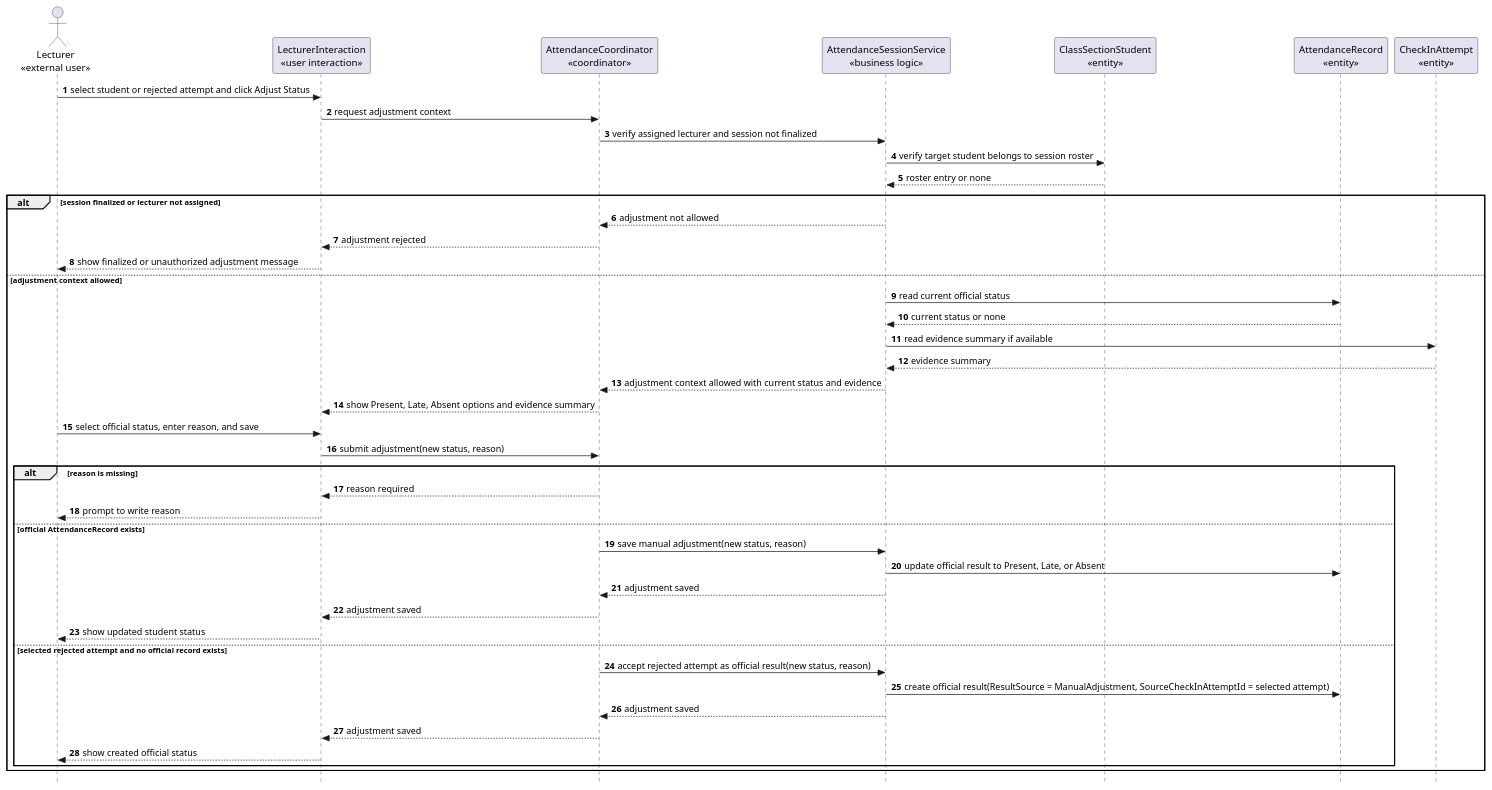
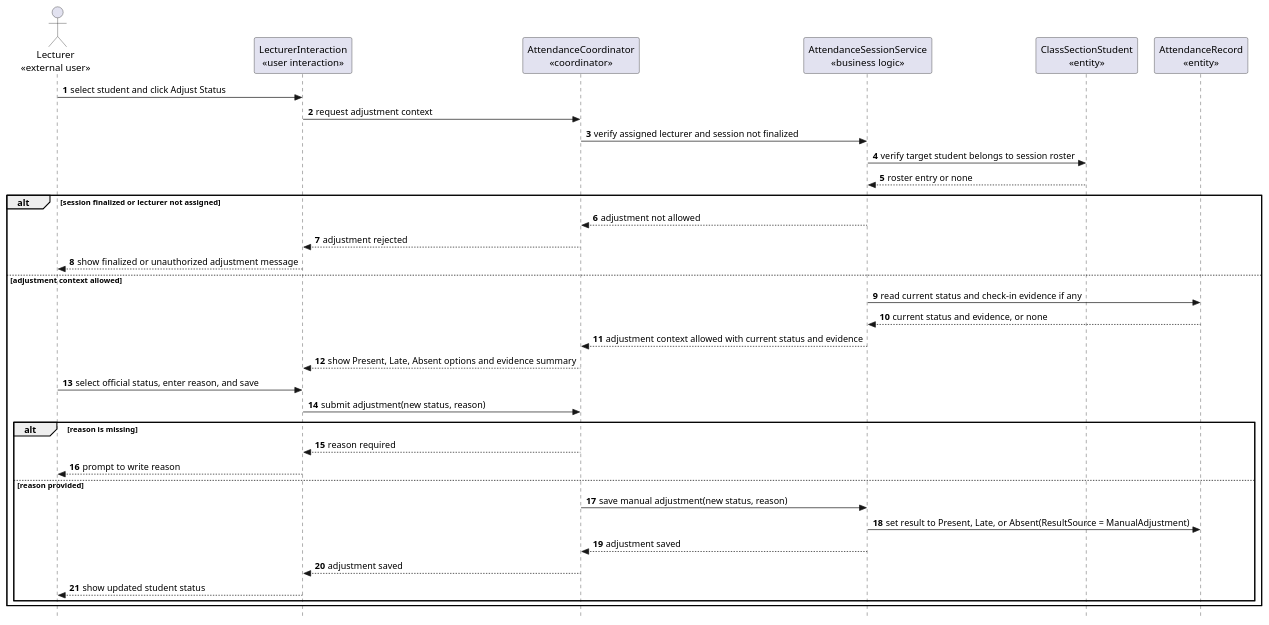
Before and after one commit to nttung42/SWD392: diagram 19 of 28 in docs/rds/2_Analysis.md, drawn with PlantUML. The commit also changed other lines of this file and 4 other files, not shown here.

Commit message:
not force calculate distance and merge checkin attemp with attendance record

````diff
--- a/docs/rds/2_Analysis.md
+++ b/docs/rds/2_Analysis.md
@@ -1044,51 +925,42 @@
 ```plantuml
 @startuml
 skinparam style strictuml
 autonumber
 actor "Lecturer\n«external user»" as Lecturer
 participant "LecturerInteraction\n«user interaction»" as LecturerUI
 participant "AttendanceCoordinator\n«coordinator»" as AdjustmentControl
 participant "AttendanceSessionService\n«business logic»" as SessionRules
 participant "ClassSectionStudent\n«entity»" as ClassSectionStudent
 participant "AttendanceRecord\n«entity»" as AttendanceRecord
-participant "CheckInAttempt\n«entity»" as CheckInAttempt
 
-Lecturer -> LecturerUI : select student or rejected attempt and click Adjust Status
+Lecturer -> LecturerUI : select student and click Adjust Status
 LecturerUI -> AdjustmentControl : request adjustment context
 AdjustmentControl -> SessionRules : verify assigned lecturer and session not finalized
 SessionRules -> ClassSectionStudent : verify target student belongs to session roster
 ClassSectionStudent --> SessionRules : roster entry or none
 
 alt session finalized or lecturer not assigned
   SessionRules --> AdjustmentControl : adjustment not allowed
   AdjustmentControl --> LecturerUI : adjustment rejected
   LecturerUI --> Lecturer : show finalized or unauthorized adjustment message
 else adjustment context allowed
-  SessionRules -> AttendanceRecord : read current official status
-  AttendanceRecord --> SessionRules : current status or none
-  SessionRules -> CheckInAttempt : read evidence summary if available
-  CheckInAttempt --> SessionRules : evidence summary
+  SessionRules -> AttendanceRecord : read current status and check-in evidence if any
+  AttendanceRecord --> SessionRules : current status and evidence, or none
   SessionRules --> AdjustmentControl : adjustment context allowed with current status and evidence
   AdjustmentControl --> LecturerUI : show Present, Late, Absent options and evidence summary
   Lecturer -> LecturerUI : select official status, enter reason, and save
   LecturerUI -> AdjustmentControl : submit adjustment(new status, reason)
 
   alt reason is missing
     AdjustmentControl --> LecturerUI : reason required
     LecturerUI --> Lecturer : prompt to write reason
-  else official AttendanceRecord exists
+  else reason provided
     AdjustmentControl -> SessionRules : save manual adjustment(new status, reason)
-    SessionRules -> AttendanceRecord : update official result to Present, Late, or Absent
+    SessionRules -> AttendanceRecord : set result to Present, Late, or Absent(ResultSource = ManualAdjustment)
     SessionRules --> AdjustmentControl : adjustment saved
     AdjustmentControl --> LecturerUI : adjustment saved
     LecturerUI --> Lecturer : show updated student status
-  else selected rejected attempt and no official record exists
-    AdjustmentControl -> SessionRules : accept rejected attempt as official result(new status, reason)
-    SessionRules -> AttendanceRecord : create official result(ResultSource = ManualAdjustment, SourceCheckInAttemptId = selected attempt)
-    SessionRules --> AdjustmentControl : adjustment saved
-    AdjustmentControl --> LecturerUI : adjustment saved
-    LecturerUI --> Lecturer : show created official status
   end
 end
 @enduml
 ```
````
